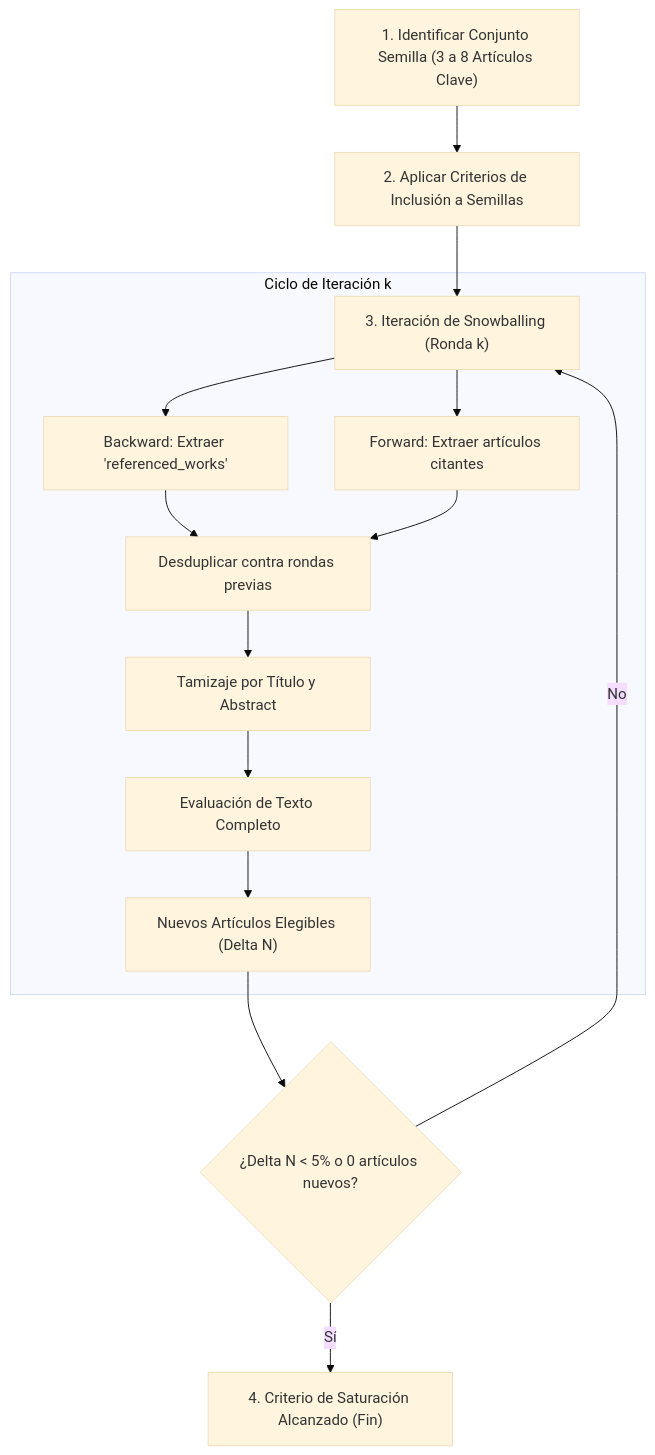
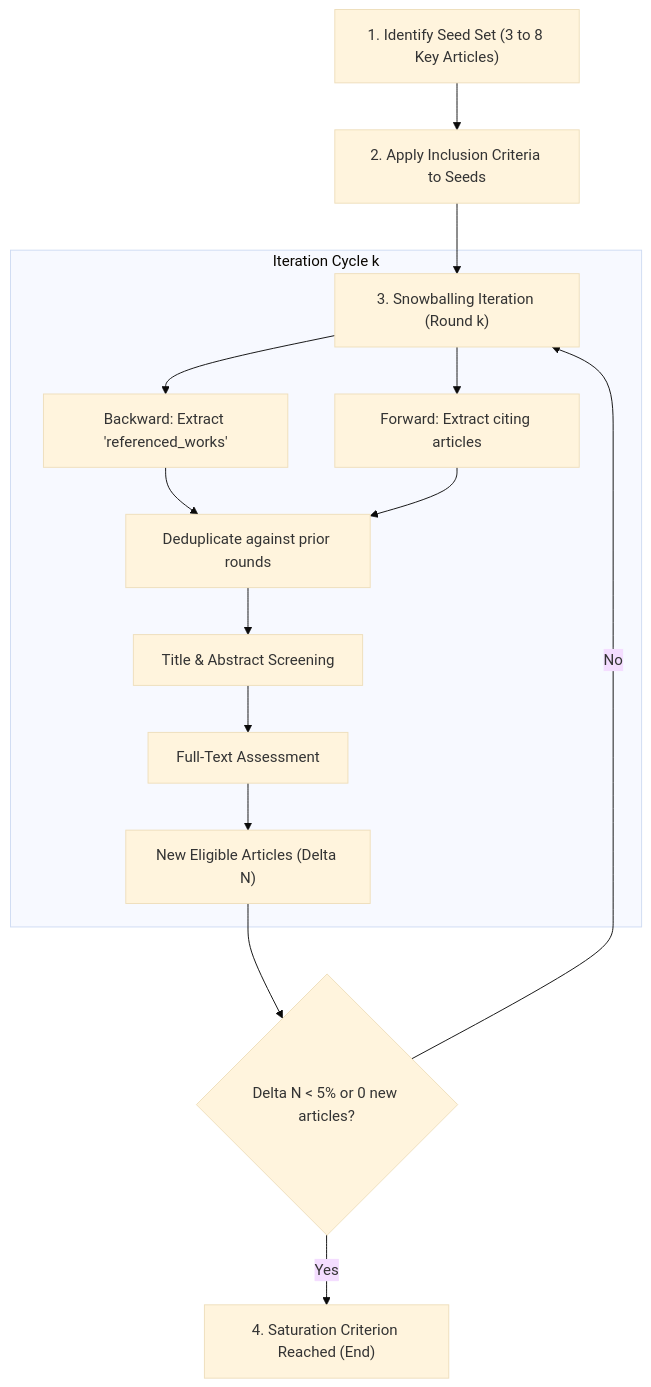
One commit to chilti/sos-mcp-services changed the diagram in .agents/skills/deep-literature-researcher/references/snowballing_procedure_wohlin.md. Above: the diagram before and after it, drawn with Mermaid (base theme). The commit also changed other lines of this file and 129 other files, not shown here.

````diff
--- a/.agents/skills/deep-literature-researcher/references/snowballing_procedure_wohlin.md
+++ b/.agents/skills/deep-literature-researcher/references/snowballing_procedure_wohlin.md
@@ -29,18 +29,18 @@
 ```mermaid
 flowchart TD
-    S0["1. Identificar Conjunto Semilla (3 a 8 Artículos Clave)"] --> S1["2. Aplicar Criterios de Inclusión a Semillas"]
-    S1 --> S2["3. Iteración de Snowballing (Ronda k)"]
+    S0["1. Identify Seed Set (3 to 8 Key Articles)"] --> S1["2. Apply Inclusion Criteria to Seeds"]
+    S1 --> S2["3. Snowballing Iteration (Round k)"]
     
-    subgraph Iteracion ["Ciclo de Iteración k"]
-        S2 --> BS["Backward: Extraer 'referenced_works'"]
-        S2 --> FS["Forward: Extraer artículos citantes"]
-        BS & FS --> DUP["Desduplicar contra rondas previas"]
-        DUP --> SCR["Tamizaje por Título y Abstract"]
-        SCR --> ELIG["Evaluación de Texto Completo"]
-        ELIG --> CAND["Nuevos Artículos Elegibles (Delta N)"]
+    subgraph Iteration ["Iteration Cycle k"]
+        S2 --> BS["Backward: Extract 'referenced_works'"]
+        S2 --> FS["Forward: Extract citing articles"]
+        BS & FS --> DUP["Deduplicate against prior rounds"]
+        DUP --> SCR["Title & Abstract Screening"]
+        SCR --> ELIG["Full-Text Assessment"]
+        ELIG --> CAND["New Eligible Articles (Delta N)"]
     end
     
-    CAND --> COND{"¿Delta N < 5% o 0 artículos nuevos?"}
+    CAND --> COND{"Delta N < 5% or 0 new articles?"}
     COND -- No --> S2
-    COND -- Sí --> STOP["4. Criterio de Saturación Alcanzado (Fin)"]
+    COND -- Yes --> STOP["4. Saturation Criterion Reached (End)"]
 ```
````
